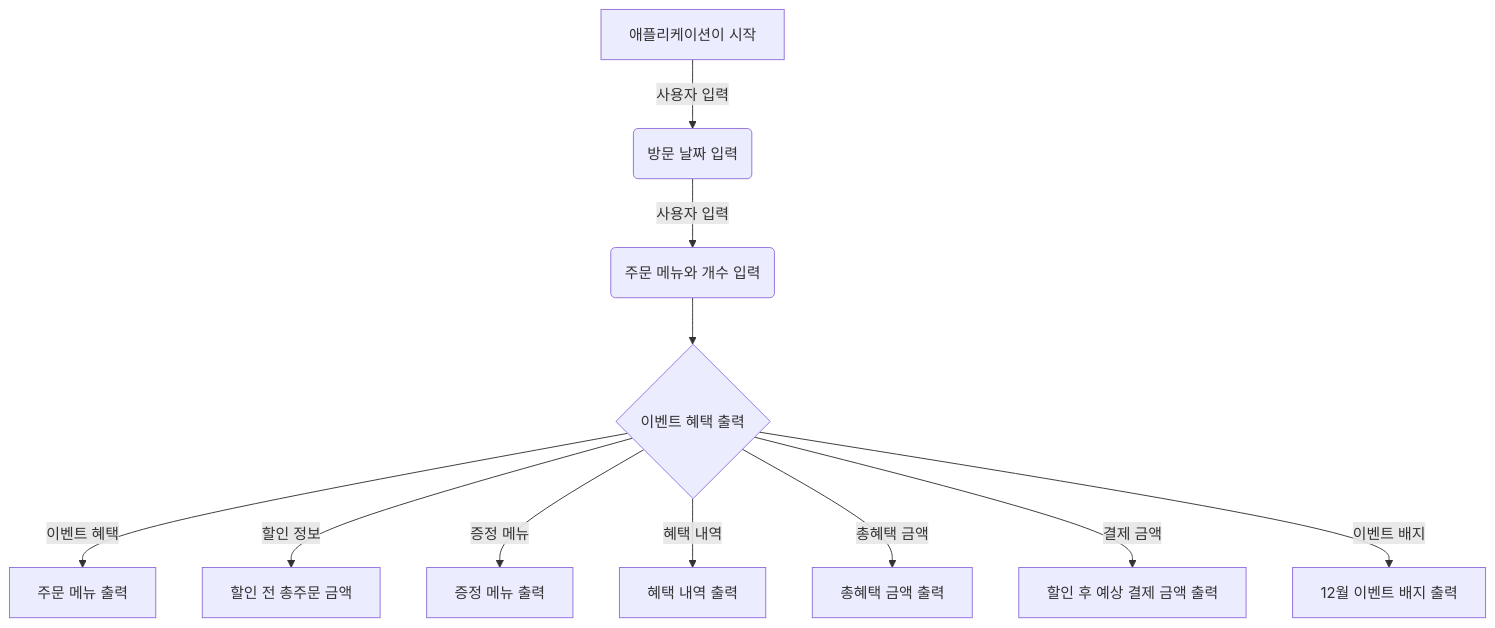
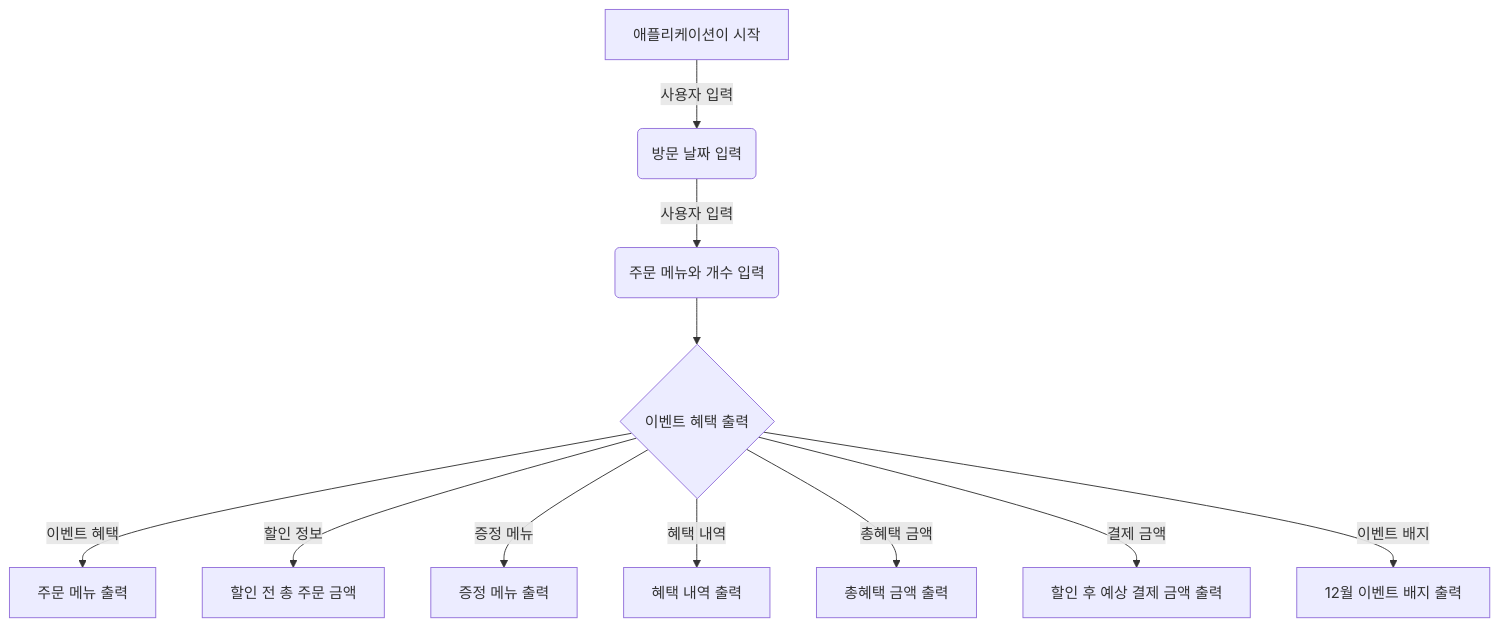
One commit to Big-Cir97/java-christmas-6-Big-Cir97 changed the diagram in docs/README.md. Above: the diagram before and after it, drawn with Mermaid. The commit also changed other lines of this file and 1 other file, not shown here.

````diff
--- a/docs/README.md
+++ b/docs/README.md
@@ -4,14 +4,14 @@
 ```mermaid
 graph TD
 A[애플리케이션이 시작]
 A -->|사용자 입력| B(방문 날짜 입력)
 B -->|사용자 입력| C(주문 메뉴와 개수 입력)
 C --> D{이벤트 혜택 출력}
 D -->|이벤트 혜택| E[주문 메뉴 출력]
-D -->|할인 정보| F[할인 전 총주문 금액]
+D -->|할인 정보| F[할인 전 총 주문 금액]
 D -->|증정 메뉴| G[증정 메뉴 출력]
 D -->|혜택 내역| H[혜택 내역 출력]
 D -->|총혜택 금액| I[총혜택 금액 출력]
 D -->|결제 금액| J[할인 후 예상 결제 금액 출력]
 D -->|이벤트 배지| K[12월 이벤트 배지 출력]
 ```
````
